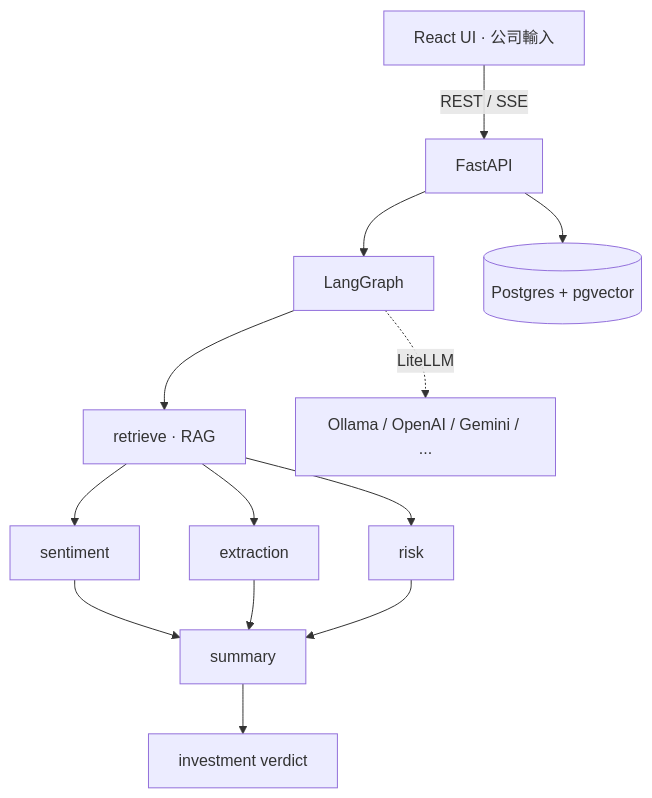
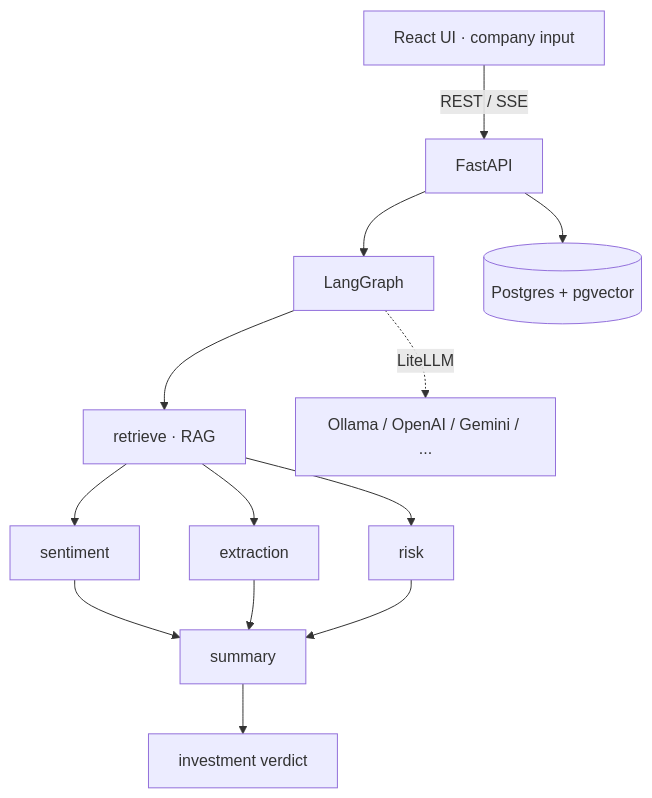
Before and after one commit to AluminumShark/FinFlash: the diagram in README.md, drawn with Mermaid. The commit also changed other lines of this file, not shown here.

````diff
--- a/README.md
+++ b/README.md
@@ -94,15 +98,15 @@
 ```mermaid
 graph TB
-    UI[React UI · 公司輸入] -->|REST / SSE| API[FastAPI]
+    UI[React UI · company input] -->|REST / SSE| API[FastAPI]
     API --> Graph[LangGraph]
     Graph --> Retrieve[retrieve · RAG]
     Retrieve --> Sentiment[sentiment]
     Retrieve --> Extraction[extraction]
     Retrieve --> Risk[risk]
     Sentiment --> Summary[summary]
     Extraction --> Summary
     Risk --> Summary
     Summary --> Verdict[investment verdict]
     Graph -. LiteLLM .-> Providers[Ollama / OpenAI / Gemini / ...]
     API --> DB[(Postgres + pgvector)]
 ```
````
